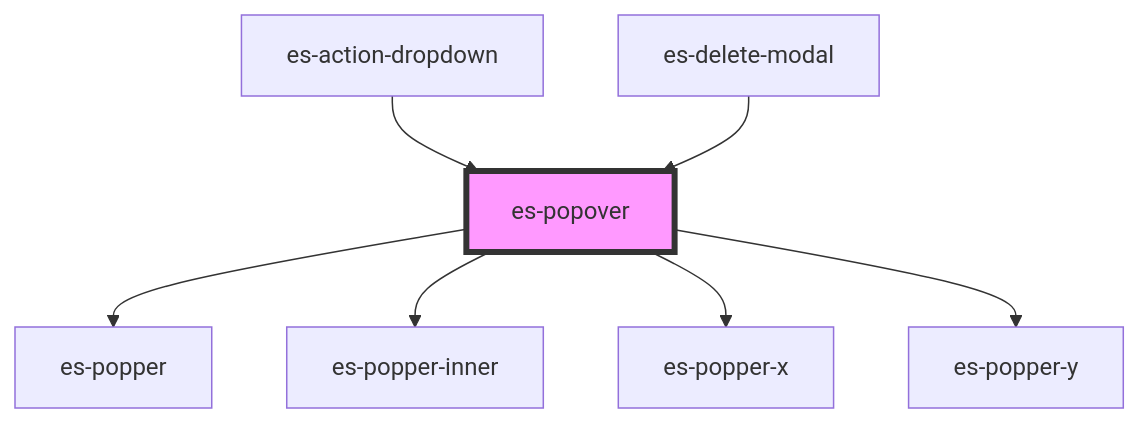
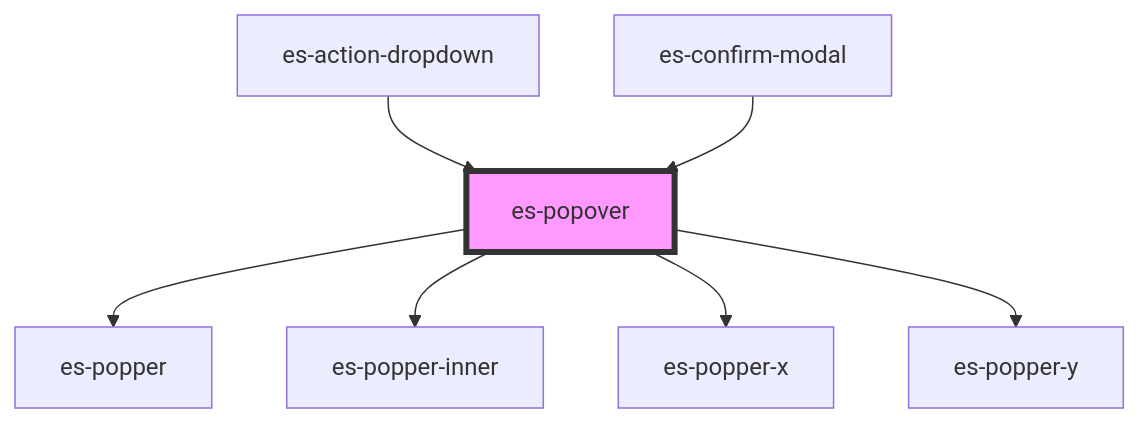
Before and after one commit to EventStore/Design-System: the diagram in packages/components/src/components/es-popover/readme.md, drawn with Mermaid. The commit also changed other lines of this file and 30 other files, not shown here.

Commit message:
Rework `es-action-delete` to `es-action-with-confirmation` to be more generic - Rename / rework `es-delete-modal` to `es-confirm-modal` - Replace `es-action-delete` with `ActionDelete` - Replace `es-action-copy` with `ActionCopy` - Update usage and demos

````diff
--- a/packages/components/src/components/es-popover/readme.md
+++ b/packages/components/src/components/es-popover/readme.md
@@ -241,10 +241,10 @@
 ```mermaid
 graph TD;
   es-popover --> es-popper
   es-popover --> es-popper-inner
   es-popover --> es-popper-x
   es-popover --> es-popper-y
   es-action-dropdown --> es-popover
-  es-delete-modal --> es-popover
+  es-confirm-modal --> es-popover
   style es-popover fill:#f9f,stroke:#333,stroke-width:4px
 ```
````
